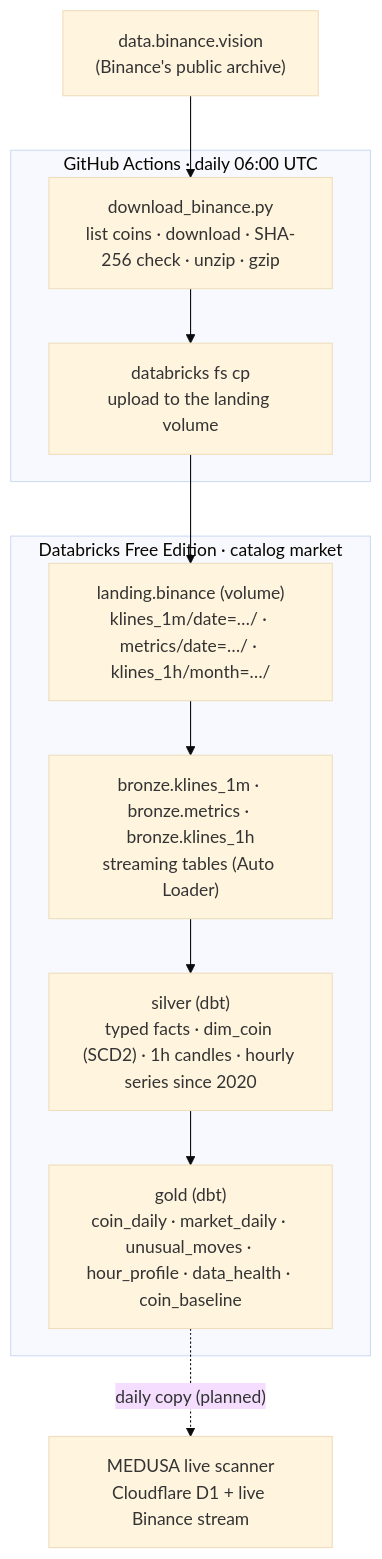
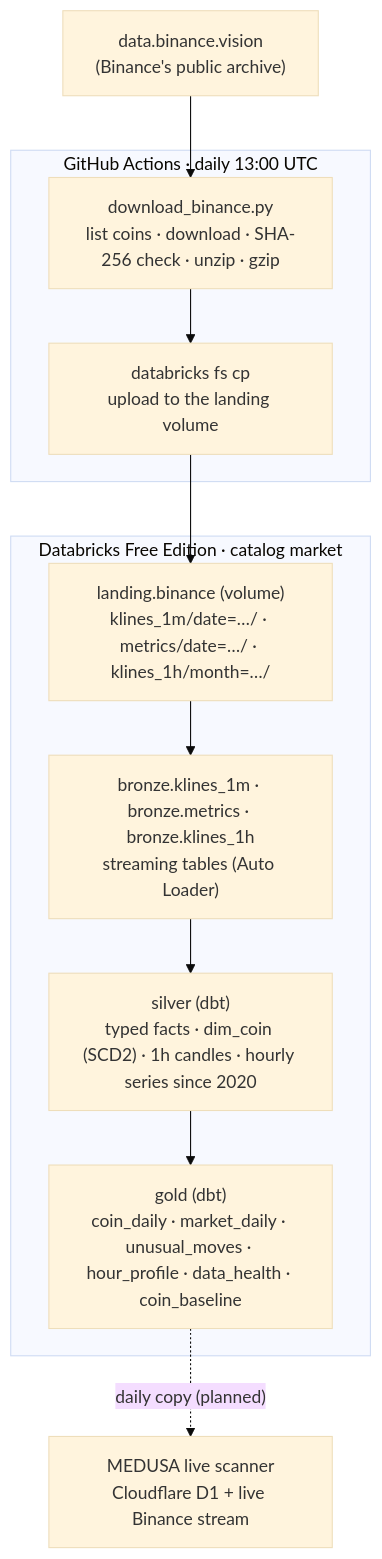
Before and after one commit to shivam65-sketch/medusa: the diagram in lakehouse/docs/architecture.md, drawn with Mermaid (base theme). The commit also changed other lines of this file and 9 other files, not shown here.

Commit message:
Lakehouse: daily load at 13:00 UTC; retry dropped downloads; refuse a half-published day (ADR-021)

````diff
--- a/lakehouse/docs/architecture.md
+++ b/lakehouse/docs/architecture.md
@@ -13,18 +13,18 @@
 ```mermaid
 flowchart TB
-  subgraph GH["GitHub Actions · daily 06:00 UTC"]
+  subgraph GH["GitHub Actions · daily 13:00 UTC"]
     D1["download_binance.py<br>list coins · download · SHA-256 check · unzip · gzip"]
     D2["databricks fs cp<br>upload to the landing volume"]
     D1 --> D2
   end
   BIN["data.binance.vision<br>(Binance's public archive)"] --> D1
   subgraph DBX["Databricks Free Edition · catalog market"]
     L["landing.binance (volume)<br>klines_1m/date=…/ · metrics/date=…/ · klines_1h/month=…/"]
     BR["bronze.klines_1m · bronze.metrics · bronze.klines_1h<br>streaming tables (Auto Loader)"]
     SI["silver (dbt)<br>typed facts · dim_coin (SCD2) · 1h candles · hourly series since 2020"]
     GO["gold (dbt)<br>coin_daily · market_daily · unusual_moves · hour_profile · data_health · coin_baseline"]
     L --> BR --> SI --> GO
   end
   D2 --> L
   GO -.->|"daily copy (planned)"| CF["MEDUSA live scanner<br>Cloudflare D1 + live Binance stream"]
 ```
````
